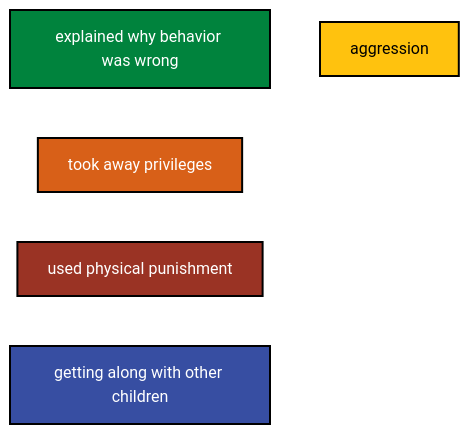
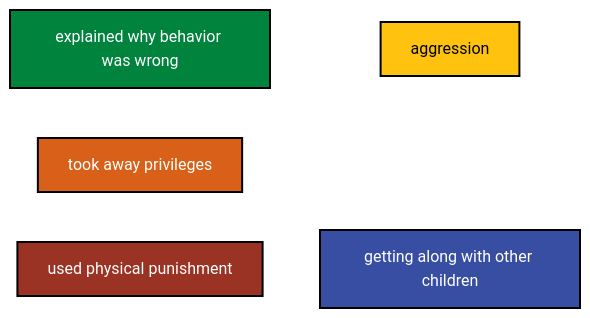
Before and after one commit to agrogan1/closeread: the diagram in global-perspectives/diagram.md, drawn with Mermaid.

````diff
--- a/global-perspectives/diagram.md
+++ b/global-perspectives/diagram.md
@@ -1,26 +1,31 @@
   ```mermaid
 flowchart LR
 
   classDef yellow fill:#FFC20E,stroke:#000000,stroke-width:2px,color:#000000;
   
   classDef blue fill:#374EA2,stroke:#000000,stroke-width:2px,color:#FFFFFF;
   
   classDef green fill:#00833D,stroke:#000000,stroke-width:2px,color:#FFFFFF;
   
   classDef orange fill:#D86018,stroke:#000000,stroke-width:2px,color:#FFFFFF;
   
   classDef red fill:#9A3324,stroke:#000000,stroke-width:2px,color:#FFFFFF;
 
   explained[explained why behavior was wrong]:::green
 
   privileges[took away privileges]:::orange
   
   CP[used physical punishment]:::red
 
   aggression:::yellow
 
   gettingalong[getting along with other children]:::blue
 
   explained ~~~ aggression
+  privileges ~~~ aggression
+  CP ~~~ aggression
+  explained ~~~ gettingalong
+  privileges ~~~ gettingalong
+  CP ~~~ gettingalong
   
 ```
````
